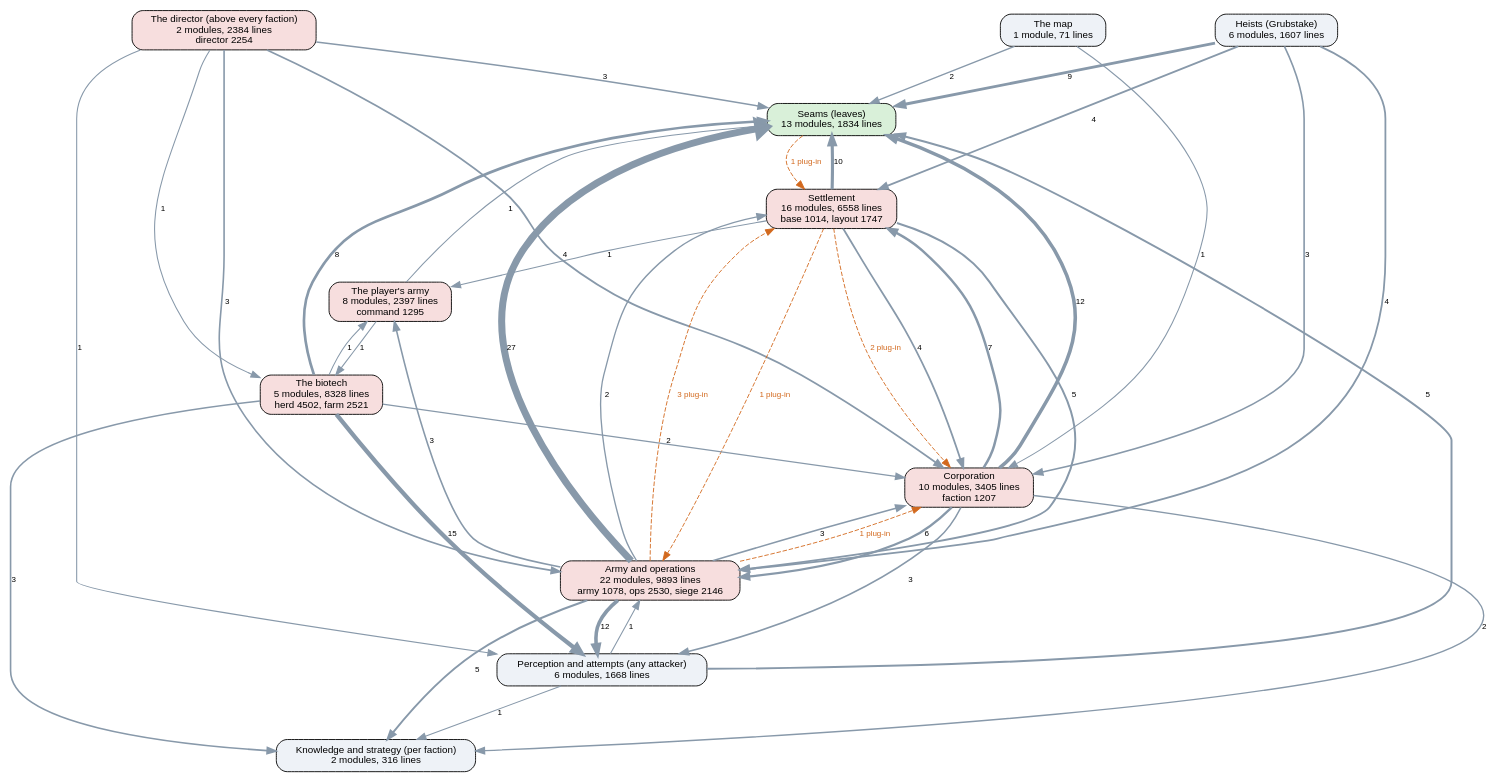
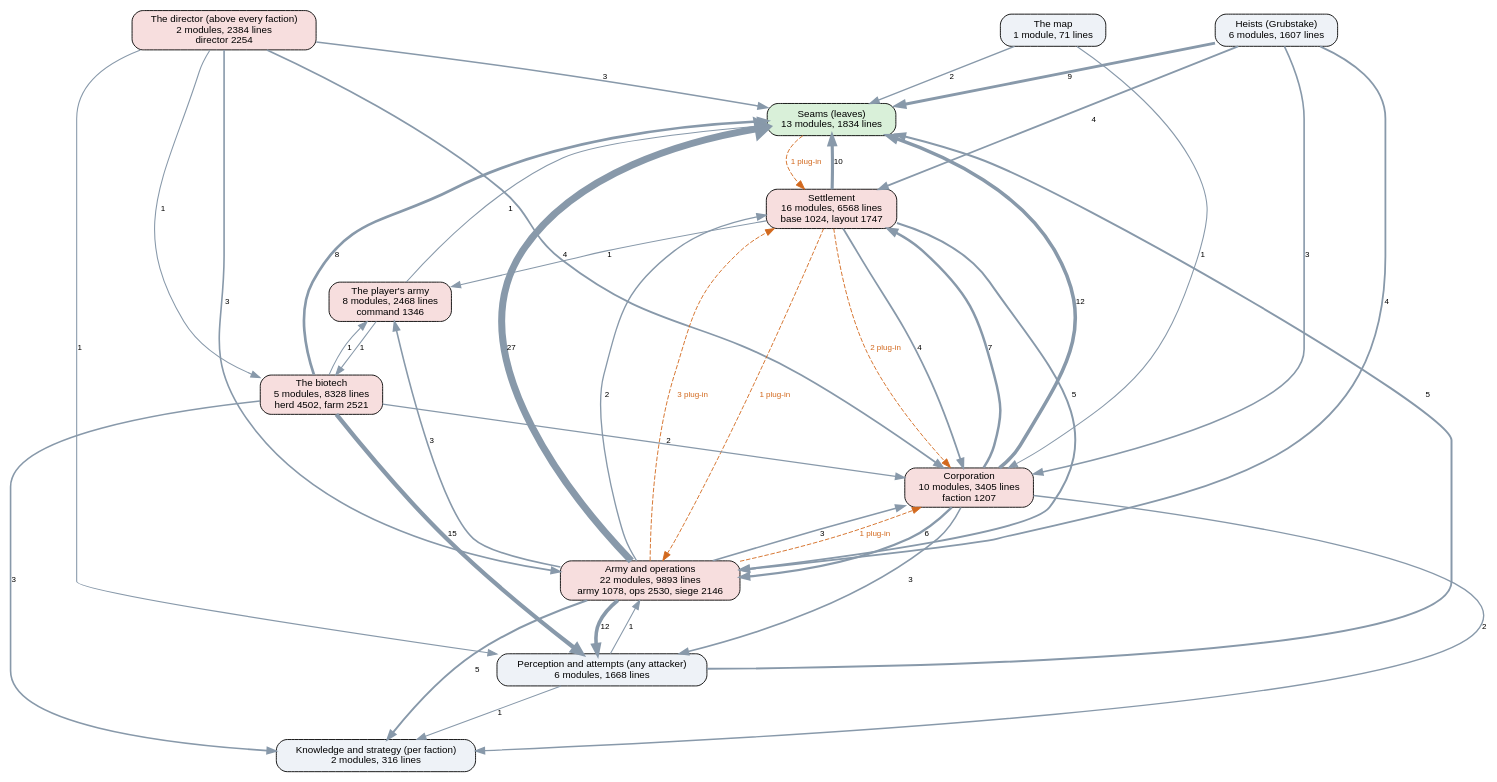
One commit to kinelhu/landing-party changed the diagram in docs/ai-layers.dot. Above: the diagram before and after it, drawn with Graphviz. The commit also changed 19 other files, not shown here.

```diff
--- a/docs/ai-layers.dot
+++ b/docs/ai-layers.dot
@@ -1,57 +1,57 @@
 digraph layers {
   graph [rankdir=TB, fontname="Helvetica", nodesep=0.5, ranksep=0.7];
   node [shape=box, style="rounded,filled", fontname="Helvetica", fontsize=11, fillcolor="#eef2f7"];
   edge [color="#8899aa", fontname="Helvetica", fontsize=9];
   "Seams (leaves)" [label="Seams (leaves)\n13 modules, 1834 lines", fillcolor="#d9f0d9"];
   "Perception and attempts (any attacker)" [label="Perception and attempts (any attacker)\n6 modules, 1668 lines", fillcolor="#eef2f7"];
   "Knowledge and strategy (per faction)" [label="Knowledge and strategy (per faction)\n2 modules, 316 lines", fillcolor="#eef2f7"];
   "The director (above every faction)" [label="The director (above every faction)\n2 modules, 2384 lines\ndirector 2254", fillcolor="#f7dede"];
   "Corporation" [label="Corporation\n10 modules, 3405 lines\nfaction 1207", fillcolor="#f7dede"];
-  "Settlement" [label="Settlement\n16 modules, 6558 lines\nbase 1014, layout 1747", fillcolor="#f7dede"];
+  "Settlement" [label="Settlement\n16 modules, 6568 lines\nbase 1024, layout 1747", fillcolor="#f7dede"];
   "Army and operations" [label="Army and operations\n22 modules, 9893 lines\narmy 1078, ops 2530, siege 2146", fillcolor="#f7dede"];
   "Heists (Grubstake)" [label="Heists (Grubstake)\n6 modules, 1607 lines", fillcolor="#eef2f7"];
   "The biotech" [label="The biotech\n5 modules, 8328 lines\nherd 4502, farm 2521", fillcolor="#f7dede"];
   "The map" [label="The map\n1 module, 71 lines", fillcolor="#eef2f7"];
-  "The player's army" [label="The player's army\n8 modules, 2397 lines\ncommand 1295", fillcolor="#f7dede"];
+  "The player's army" [label="The player's army\n8 modules, 2468 lines\ncommand 1346", fillcolor="#f7dede"];
   "Army and operations" -> "Corporation" [label="3", penwidth=1.8];
   "Army and operations" -> "Knowledge and strategy (per faction)" [label="5", penwidth=2.2];
   "Army and operations" -> "Perception and attempts (any attacker)" [label="12", penwidth=4.0];
   "Army and operations" -> "Seams (leaves)" [label="27", penwidth=7.8];
   "Army and operations" -> "Settlement" [label="2", penwidth=1.5];
   "Army and operations" -> "The player's army" [label="3", penwidth=1.8];
   "Corporation" -> "Army and operations" [label="6", penwidth=2.5];
   "Corporation" -> "Knowledge and strategy (per faction)" [label="2", penwidth=1.5];
   "Corporation" -> "Perception and attempts (any attacker)" [label="3", penwidth=1.8];
   "Corporation" -> "Seams (leaves)" [label="12", penwidth=4.0];
   "Corporation" -> "Settlement" [label="7", penwidth=2.8];
   "Heists (Grubstake)" -> "Army and operations" [label="4", penwidth=2.0];
   "Heists (Grubstake)" -> "Corporation" [label="3", penwidth=1.8];
   "Heists (Grubstake)" -> "Seams (leaves)" [label="9", penwidth=3.2];
   "Heists (Grubstake)" -> "Settlement" [label="4", penwidth=2.0];
   "Perception and attempts (any attacker)" -> "Army and operations" [label="1", penwidth=1.2];
   "Perception and attempts (any attacker)" -> "Knowledge and strategy (per faction)" [label="1", penwidth=1.2];
   "Perception and attempts (any attacker)" -> "Seams (leaves)" [label="5", penwidth=2.2];
   "Settlement" -> "Army and operations" [label="5", penwidth=2.2];
   "Settlement" -> "Corporation" [label="4", penwidth=2.0];
   "Settlement" -> "Seams (leaves)" [label="10", penwidth=3.5];
   "Settlement" -> "The player's army" [label="1", penwidth=1.2];
   "The biotech" -> "Corporation" [label="2", penwidth=1.5];
   "The biotech" -> "Knowledge and strategy (per faction)" [label="3", penwidth=1.8];
   "The biotech" -> "Perception and attempts (any attacker)" [label="15", penwidth=4.8];
   "The biotech" -> "Seams (leaves)" [label="8", penwidth=3.0];
   "The biotech" -> "The player's army" [label="1", penwidth=1.2];
   "The director (above every faction)" -> "Army and operations" [label="3", penwidth=1.8];
   "The director (above every faction)" -> "Corporation" [label="4", penwidth=2.0];
   "The director (above every faction)" -> "Perception and attempts (any attacker)" [label="1", penwidth=1.2];
   "The director (above every faction)" -> "Seams (leaves)" [label="3", penwidth=1.8];
   "The director (above every faction)" -> "The biotech" [label="1", penwidth=1.2];
   "The map" -> "Corporation" [label="1", penwidth=1.2];
   "The map" -> "Seams (leaves)" [label="2", penwidth=1.5];
   "The player's army" -> "Seams (leaves)" [label="1", penwidth=1.2];
   "The player's army" -> "The biotech" [label="1", penwidth=1.2];
   "Army and operations" -> "Corporation" [style=dashed, color="#d2691e", fontcolor="#d2691e", label="1 plug-in"];
   "Army and operations" -> "Settlement" [style=dashed, color="#d2691e", fontcolor="#d2691e", label="3 plug-in"];
   "Seams (leaves)" -> "Settlement" [style=dashed, color="#d2691e", fontcolor="#d2691e", label="1 plug-in"];
   "Settlement" -> "Army and operations" [style=dashed, color="#d2691e", fontcolor="#d2691e", label="1 plug-in"];
   "Settlement" -> "Corporation" [style=dashed, color="#d2691e", fontcolor="#d2691e", label="2 plug-in"];
 }
```
